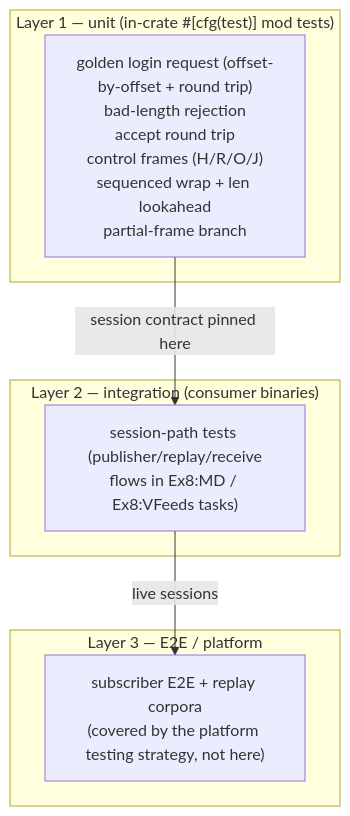
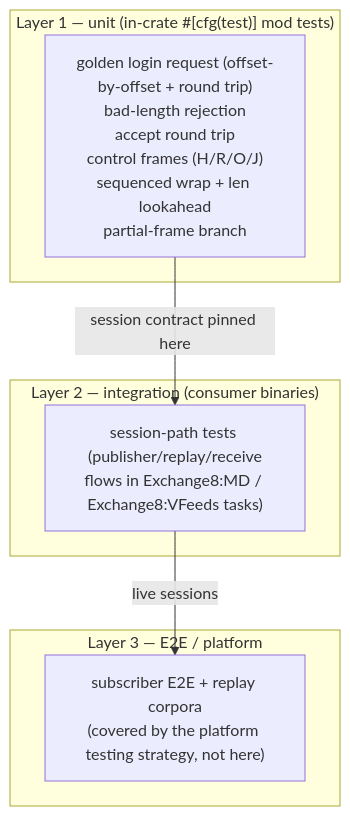
Before and after one commit to Exchange8-dev/exchange8-sdk: the eighth of 8 diagrams in crates/soup/DESIGN.md, drawn with Mermaid. The commit also changed other lines of this file and 29 other files, not shown here.

````diff
--- a/crates/soup/DESIGN.md
+++ b/crates/soup/DESIGN.md
@@ -357,13 +357,13 @@
 ```mermaid
 graph TD
     subgraph P1["Layer 1 — unit (in-crate #[cfg(test)] mod tests)"]
         U1["golden login request (offset-by-offset + round trip)<br/>bad-length rejection<br/>accept round trip<br/>control frames (H/R/O/J)<br/>sequenced wrap + len lookahead<br/>partial-frame branch"]
     end
     subgraph P2["Layer 2 — integration (consumer binaries)"]
-        U2["session-path tests (publisher/replay/receive<br/>flows in Ex8:MD / Ex8:VFeeds tasks)"]
+        U2["session-path tests (publisher/replay/receive<br/>flows in Exchange8:MD / Exchange8:VFeeds tasks)"]
     end
     subgraph P3["Layer 3 — E2E / platform"]
         U3["subscriber E2E + replay corpora<br/>(covered by the platform testing strategy, not here)"]
     end
     U1 -->|"session contract pinned here"| U2 -->|"live sessions"| U3
 ```
````
